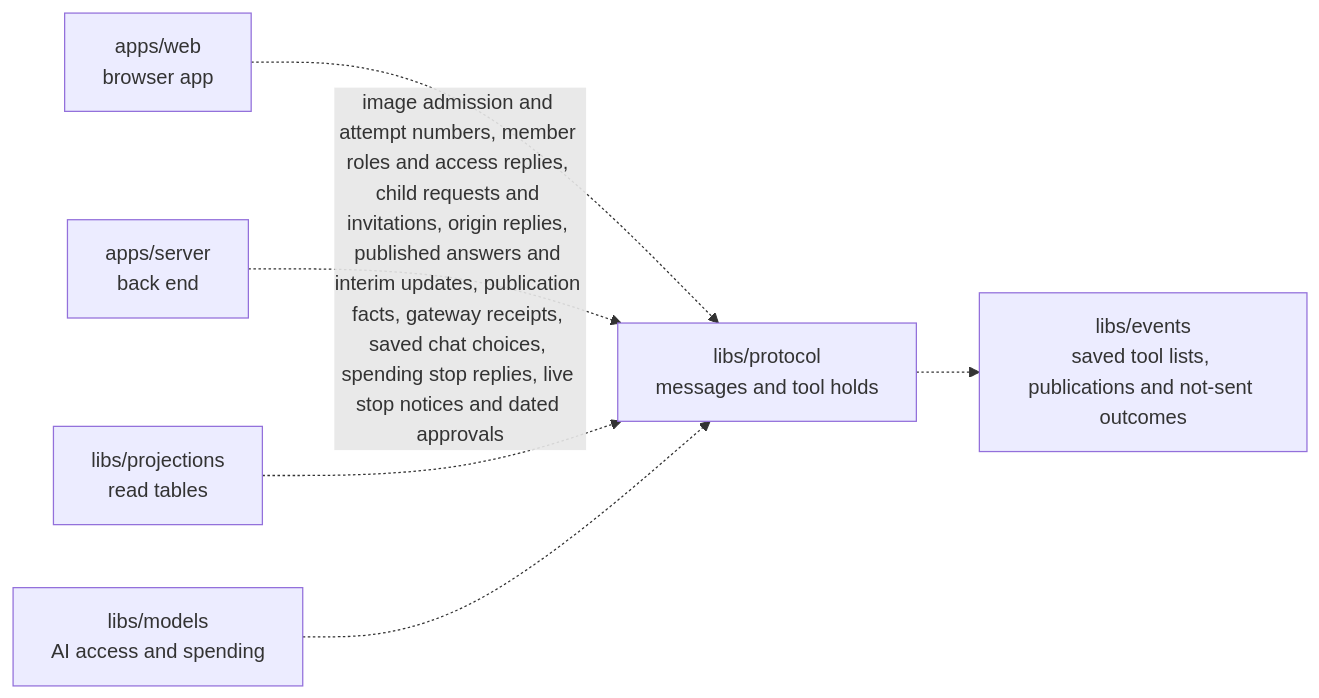
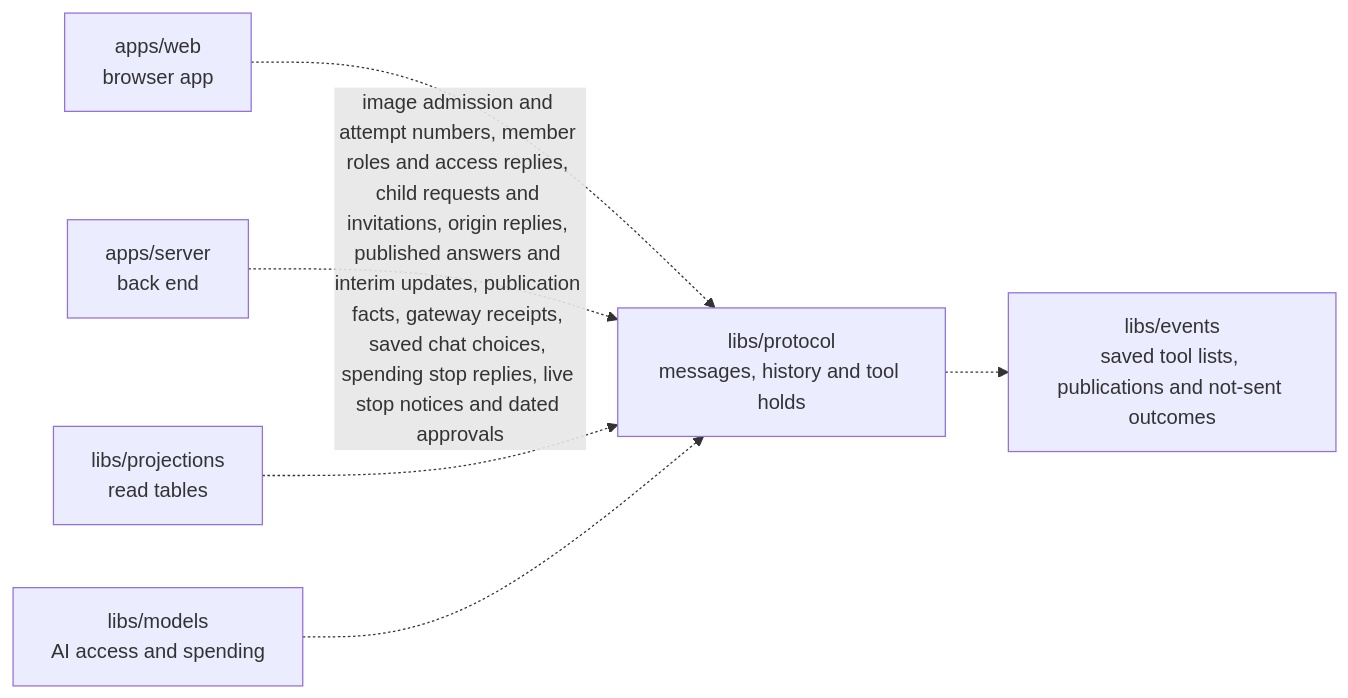
One commit to elewa-git/opencrane-new changed the diagram in libs/protocol/README.md. Above: the diagram before and after it, drawn with Mermaid. The commit also changed other lines of this file and 18 other files, not shown here.

````diff
--- a/libs/protocol/README.md
+++ b/libs/protocol/README.md
@@ -11,8 +11,8 @@
 ```mermaid
 flowchart LR
-  web["apps/web<br/>browser app"] -.-> protocol["libs/protocol<br/>messages and tool holds"]
+  web["apps/web<br/>browser app"] -.-> protocol["libs/protocol<br/>messages, history and tool holds"]
   server["apps/server<br/>back end"] -.->|image admission and attempt numbers, member roles and access replies, child requests and invitations, origin replies, published answers and interim updates, publication facts, gateway receipts, saved chat choices, spending stop replies, live stop notices and dated approvals| protocol
   projections["libs/projections<br/>read tables"] -.-> protocol
   models["libs/models<br/>AI access and spending"] -.-> protocol
   protocol -.-> events["libs/events<br/>saved tool lists, publications and not-sent outcomes"]
 ```
````
